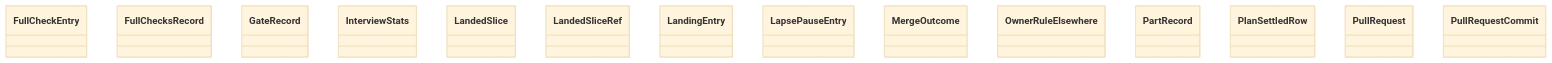
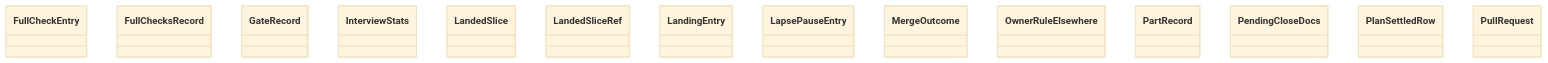
Before and after one commit to GonzaloZevallos/agentic-system: the diagram in docs/architecture/generated/classes-process-domain-state-4.md, drawn with Mermaid (base theme). The commit also changed 5 other files, not shown here.

````diff
--- a/docs/architecture/generated/classes-process-domain-state-4.md
+++ b/docs/architecture/generated/classes-process-domain-state-4.md
@@ -21,17 +21,17 @@
 ```mermaid
 classDiagram
     class task__FullCheckEntry["FullCheckEntry"]
     class task__FullChecksRecord["FullChecksRecord"]
     class task__GateRecord["GateRecord"]
     class task__InterviewStats["InterviewStats"]
     class task__LandedSlice["LandedSlice"]
     class task__LandedSliceRef["LandedSliceRef"]
     class task__LandingEntry["LandingEntry"]
     class task__LapsePauseEntry["LapsePauseEntry"]
     class task__MergeOutcome["MergeOutcome"]
     class task__OwnerRuleElsewhere["OwnerRuleElsewhere"]
     class task__PartRecord["PartRecord"]
+    class task__PendingCloseDocs["PendingCloseDocs"]
     class task__PlanSettledRow["PlanSettledRow"]
     class task__PullRequest["PullRequest"]
-    class task__PullRequestCommit["PullRequestCommit"]
 ```
````
